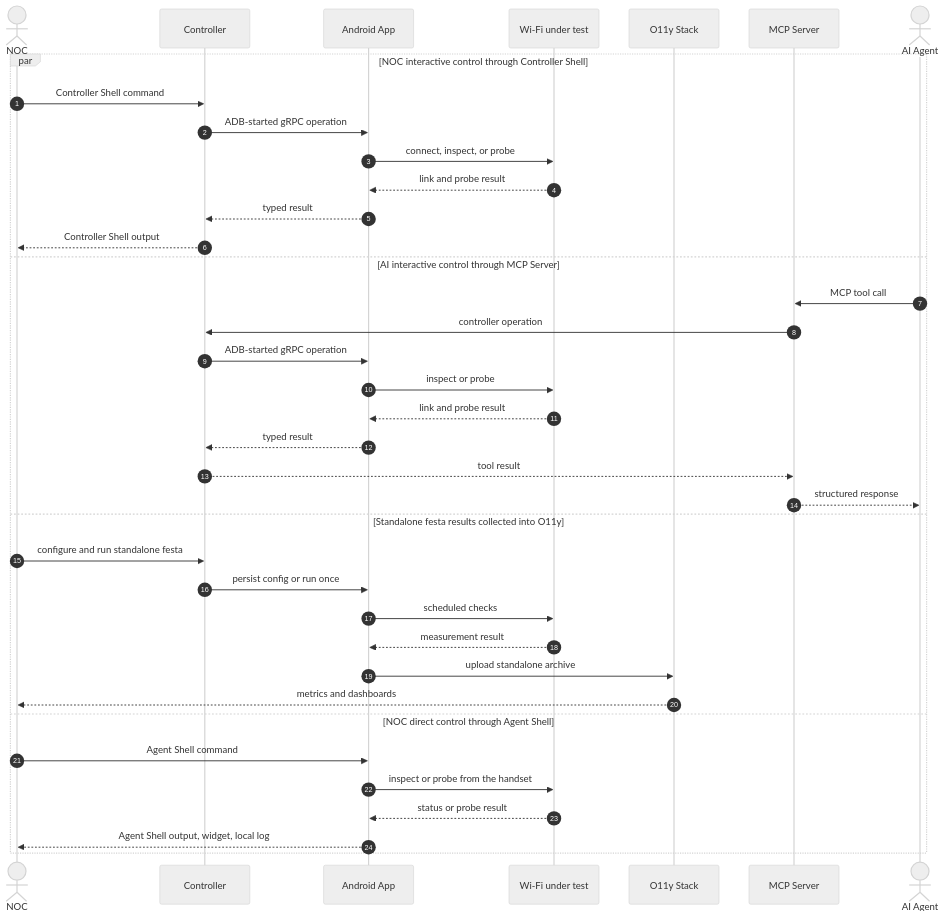
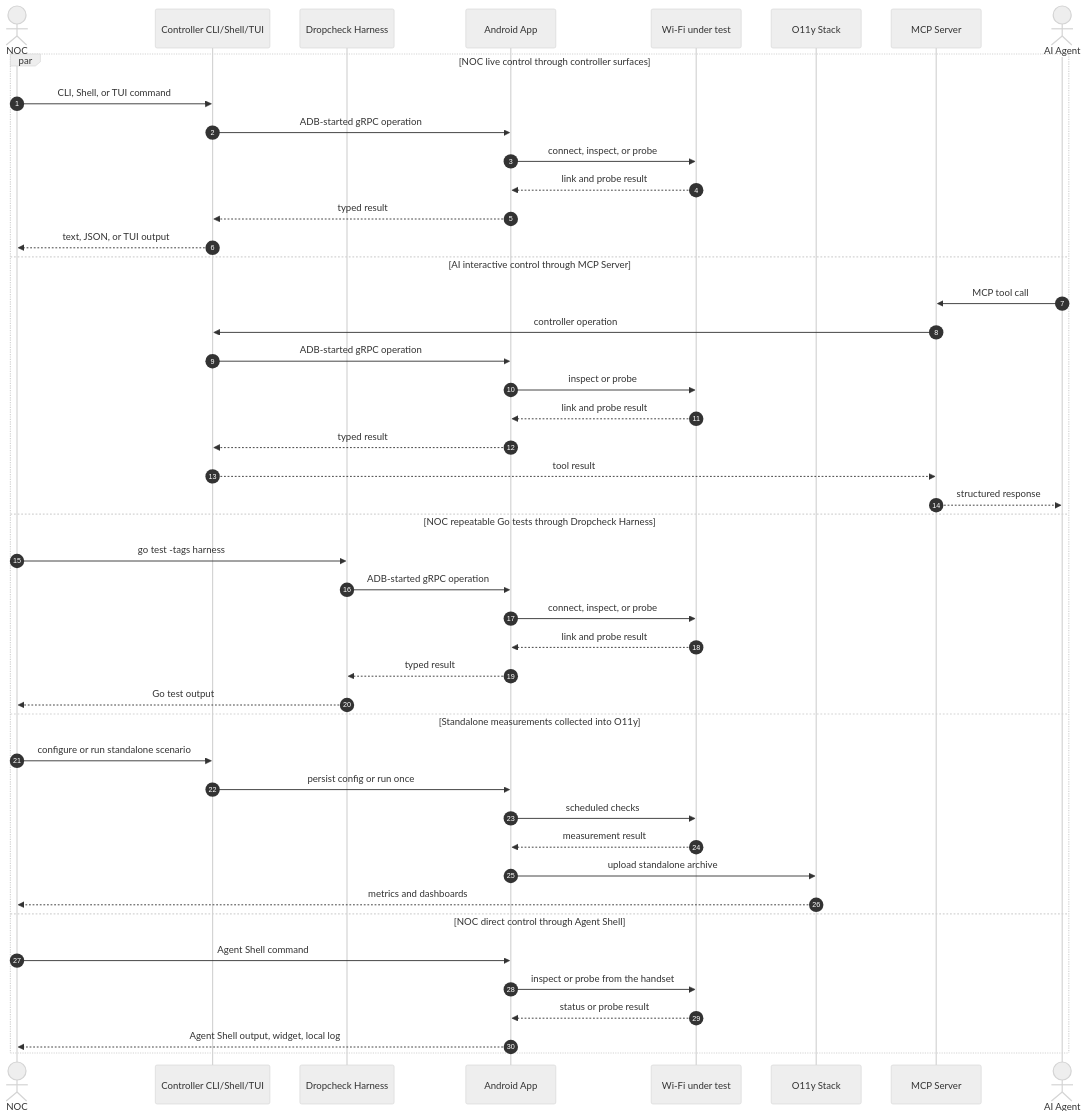
The diagram in README.md (mi2428/dropcheck-agent), drawn with Mermaid (neutral theme) before and after one commit. The commit also changed other lines of this file and 47 other files, not shown here.

Commit message:
feat: rename Festival DSL to Dropcheck Harness

````diff
--- a/README.md
+++ b/README.md
@@ -14,41 +14,49 @@
 ```mermaid
 sequenceDiagram
   autonumber
   actor NOC as NOC
-  participant Controller as Controller
+  participant Controller as Controller CLI/Shell/TUI
+  participant Harness as Dropcheck Harness
   participant App as Android App
   participant WiFi as Wi-Fi under test
   participant O11y as O11y Stack
   participant MCP as MCP Server
   actor AI as AI Agent
 
-  par NOC interactive control through Controller Shell
-    NOC->>Controller: Controller Shell command
+  par NOC live control through controller surfaces
+    NOC->>Controller: CLI, Shell, or TUI command
     Controller->>App: ADB-started gRPC operation
     App->>WiFi: connect, inspect, or probe
     WiFi-->>App: link and probe result
     App-->>Controller: typed result
-    Controller-->>NOC: Controller Shell output
+    Controller-->>NOC: text, JSON, or TUI output
   and AI interactive control through MCP Server
     AI->>MCP: MCP tool call
     MCP->>Controller: controller operation
     Controller->>App: ADB-started gRPC operation
     App->>WiFi: inspect or probe
     WiFi-->>App: link and probe result
     App-->>Controller: typed result
     Controller-->>MCP: tool result
     MCP-->>AI: structured response
-  and Standalone festa results collected into O11y
-    NOC->>Controller: configure and run standalone festa
+  and NOC repeatable Go tests through Dropcheck Harness
+    NOC->>Harness: go test -tags harness
+    Harness->>App: ADB-started gRPC operation
+    App->>WiFi: connect, inspect, or probe
+    WiFi-->>App: link and probe result
+    App-->>Harness: typed result
+    Harness-->>NOC: Go test output
+  and Standalone measurements collected into O11y
+    NOC->>Controller: configure or run standalone scenario
     Controller->>App: persist config or run once
     App->>WiFi: scheduled checks
     WiFi-->>App: measurement result
     App->>O11y: upload standalone archive
     O11y-->>NOC: metrics and dashboards
   and NOC direct control through Agent Shell
     NOC->>App: Agent Shell command
     App->>WiFi: inspect or probe from the handset
     WiFi-->>App: status or probe result
     App-->>NOC: Agent Shell output, widget, local log
   end
 ```
````
